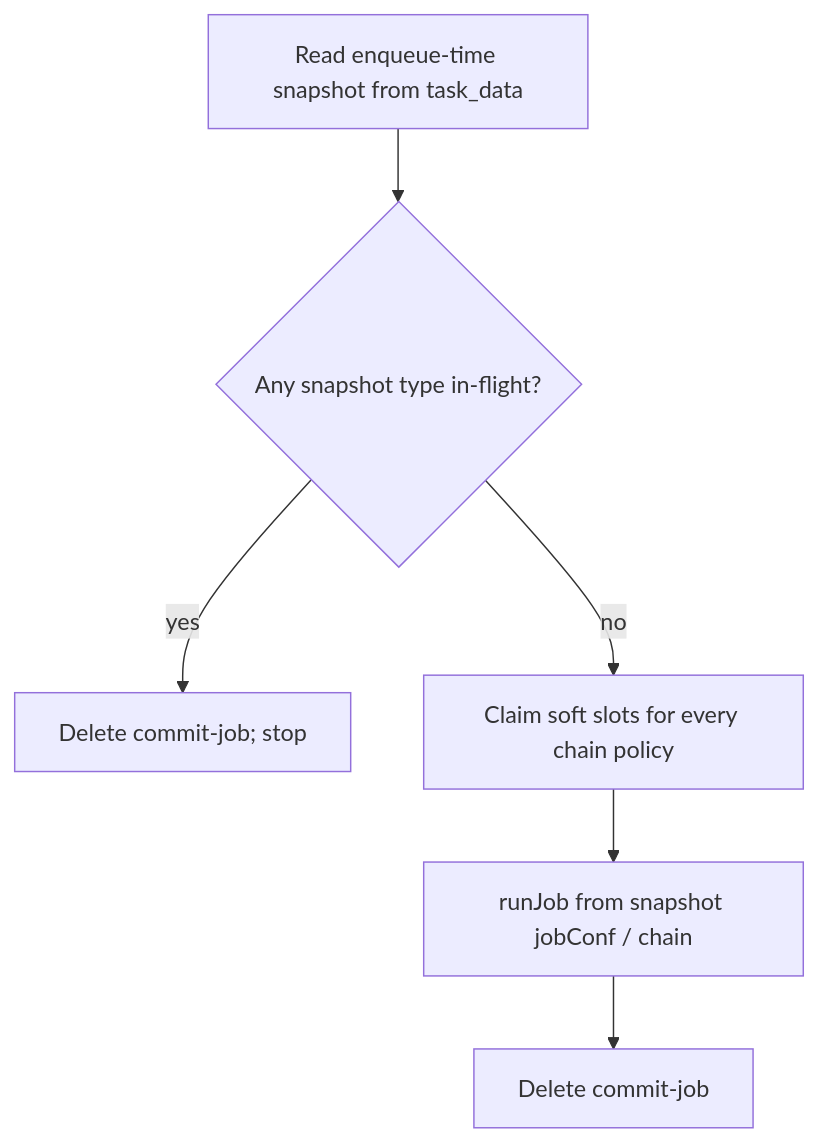
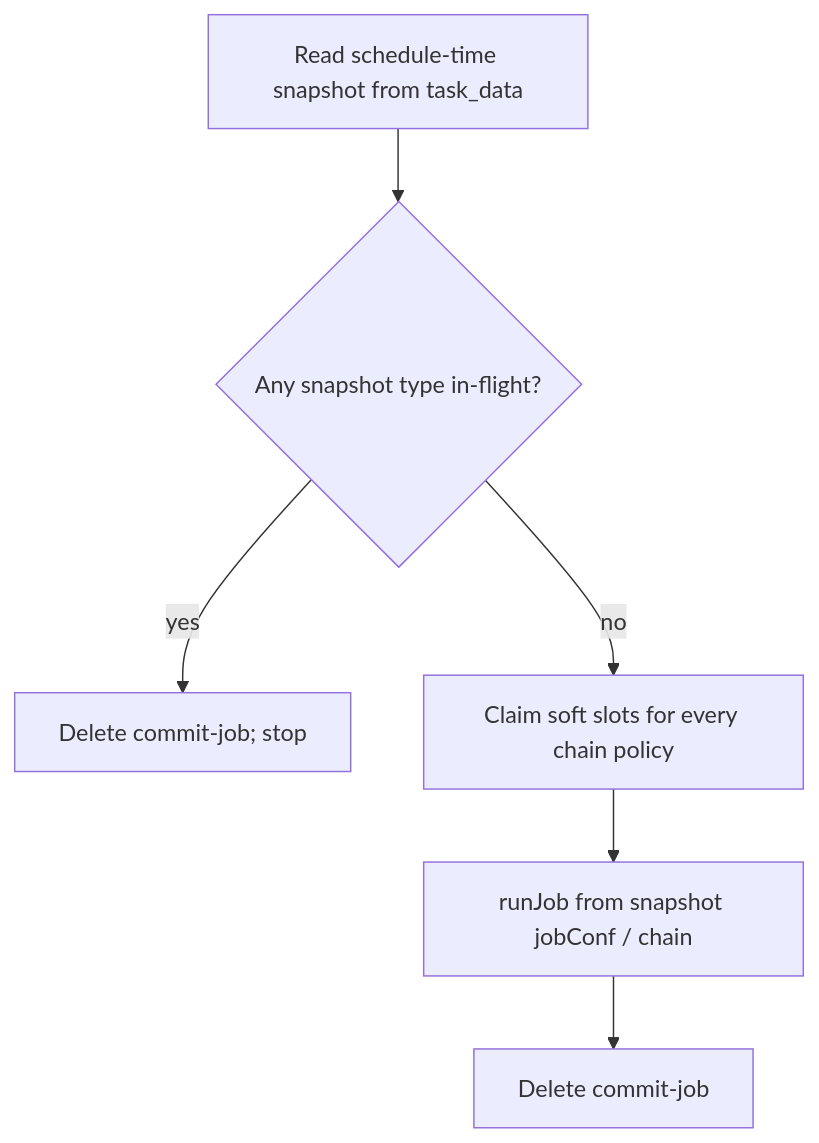
Before and after one commit to apache/gravitino: the fourth of 6 diagrams in design-docs/table-maintenance-service-design.md, drawn with Mermaid. The commit also changed other lines of this file and 26 other files, not shown here.

First line of the commit message:
[MINOR] refactor(tms): Rename enqueue APIs and config to schedule

````diff
--- a/design-docs/table-maintenance-service-design.md
+++ b/design-docs/table-maintenance-service-design.md
@@ -438,8 +438,8 @@
 ```mermaid
 flowchart TD
-  A[Read enqueue-time snapshot from task_data] --> B{Any snapshot type in-flight?}
+  A[Read schedule-time snapshot from task_data] --> B{Any snapshot type in-flight?}
   B -->|yes| Z[Delete commit-job; stop]
   B -->|no| C[Claim soft slots for every chain policy]
   C --> D[runJob from snapshot jobConf / chain]
   D --> E[Delete commit-job]
 ```
````
